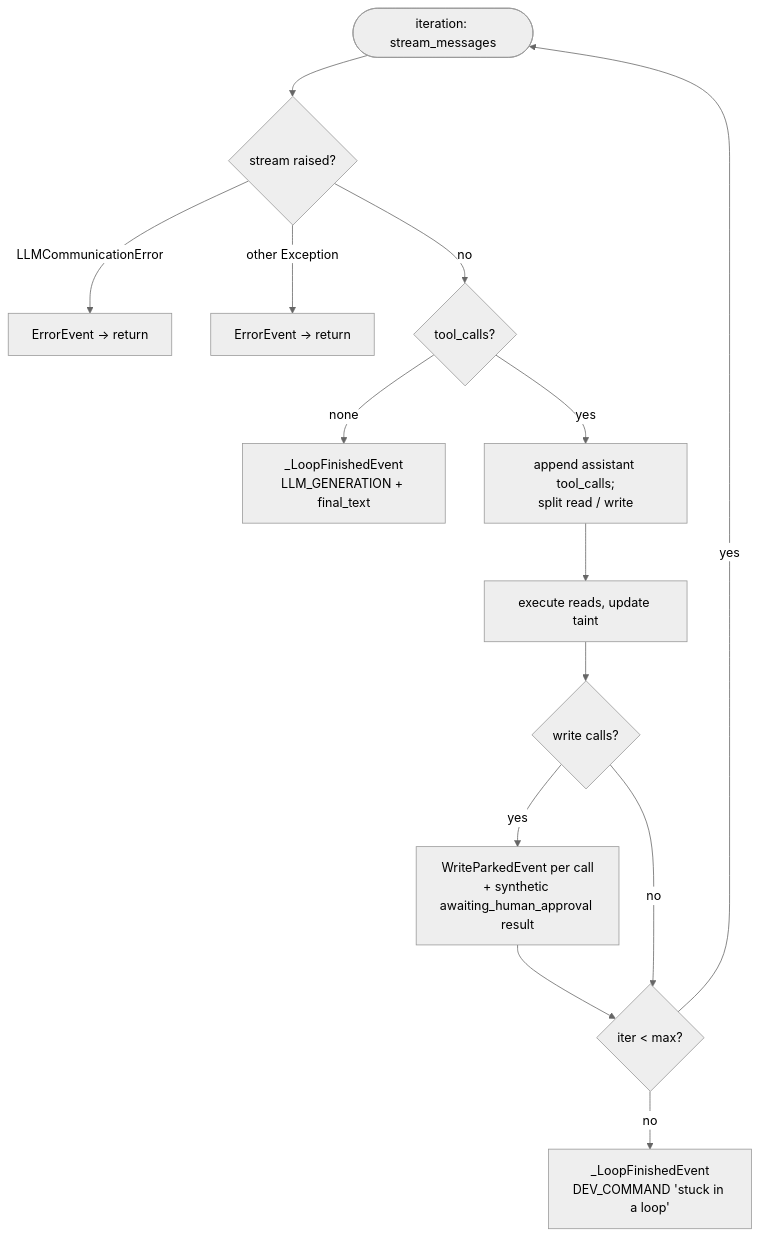
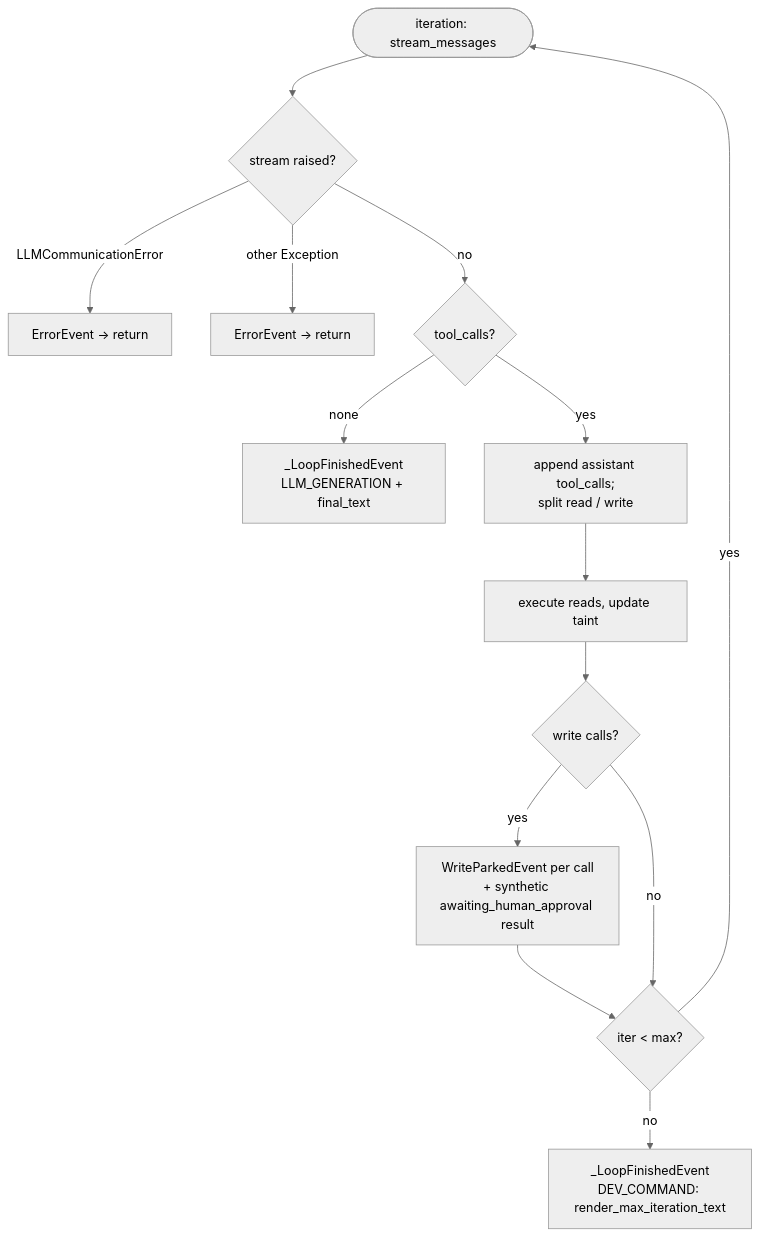
One commit to Addrick/agent-orchestrator changed the diagram in docs/tool_loop_exits.md. Above: the diagram before and after it, drawn with Mermaid (neutral theme). The commit also changed other lines of this file and 5 other files, not shown here.

````diff
--- a/docs/tool_loop_exits.md
+++ b/docs/tool_loop_exits.md
@@ -33,16 +33,16 @@
 ```mermaid
 flowchart TD
   start([iteration: stream_messages]) --> err{stream raised?}
   err -- LLMCommunicationError --> e1[ErrorEvent → return]
   err -- other Exception --> e2[ErrorEvent → return]
   err -- no --> tc{tool_calls?}
   tc -- none --> fin[_LoopFinishedEvent\nLLM_GENERATION + final_text]
   tc -- yes --> split[append assistant tool_calls;\nsplit read / write]
   split --> reads[execute reads, update taint]
   reads --> w{write calls?}
   w -- yes --> park[WriteParkedEvent per call\n+ synthetic awaiting_human_approval result]
   park --> loop
   w -- no --> loop{iter < max?}
   loop -- yes --> start
-  loop -- no --> stuck[_LoopFinishedEvent\nDEV_COMMAND 'stuck in a loop']
+  loop -- no --> stuck[_LoopFinishedEvent\nDEV_COMMAND: render_max_iteration_text]
 ```
````
